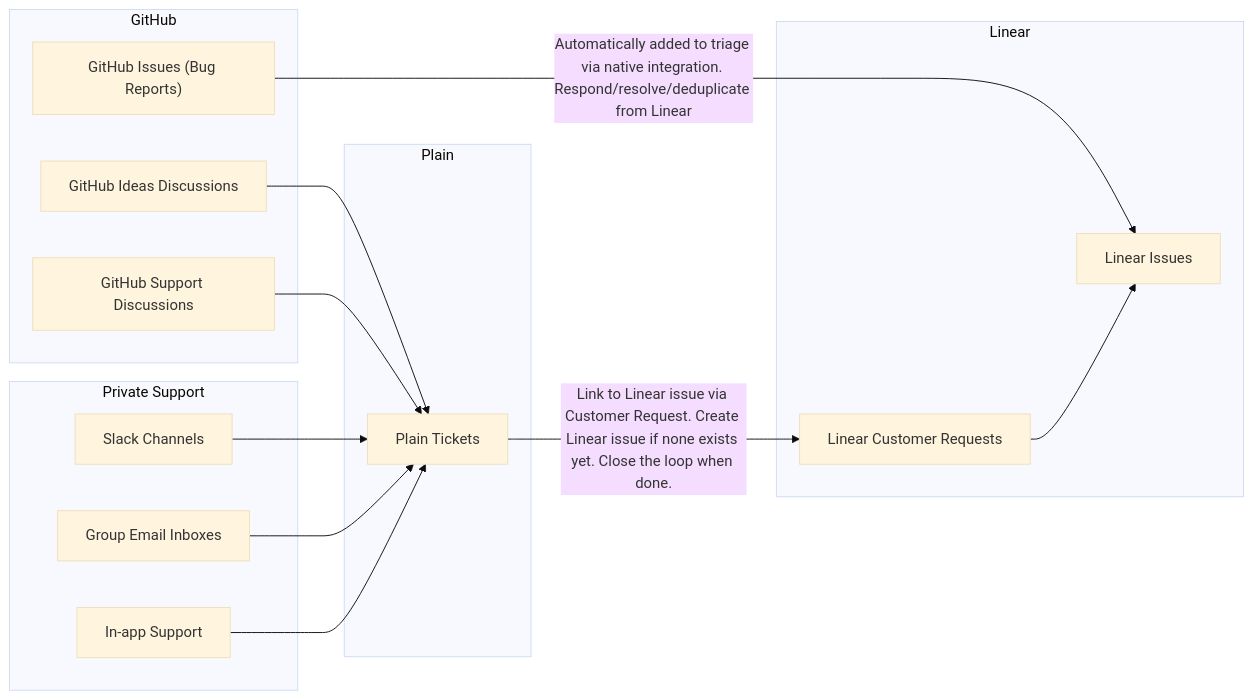
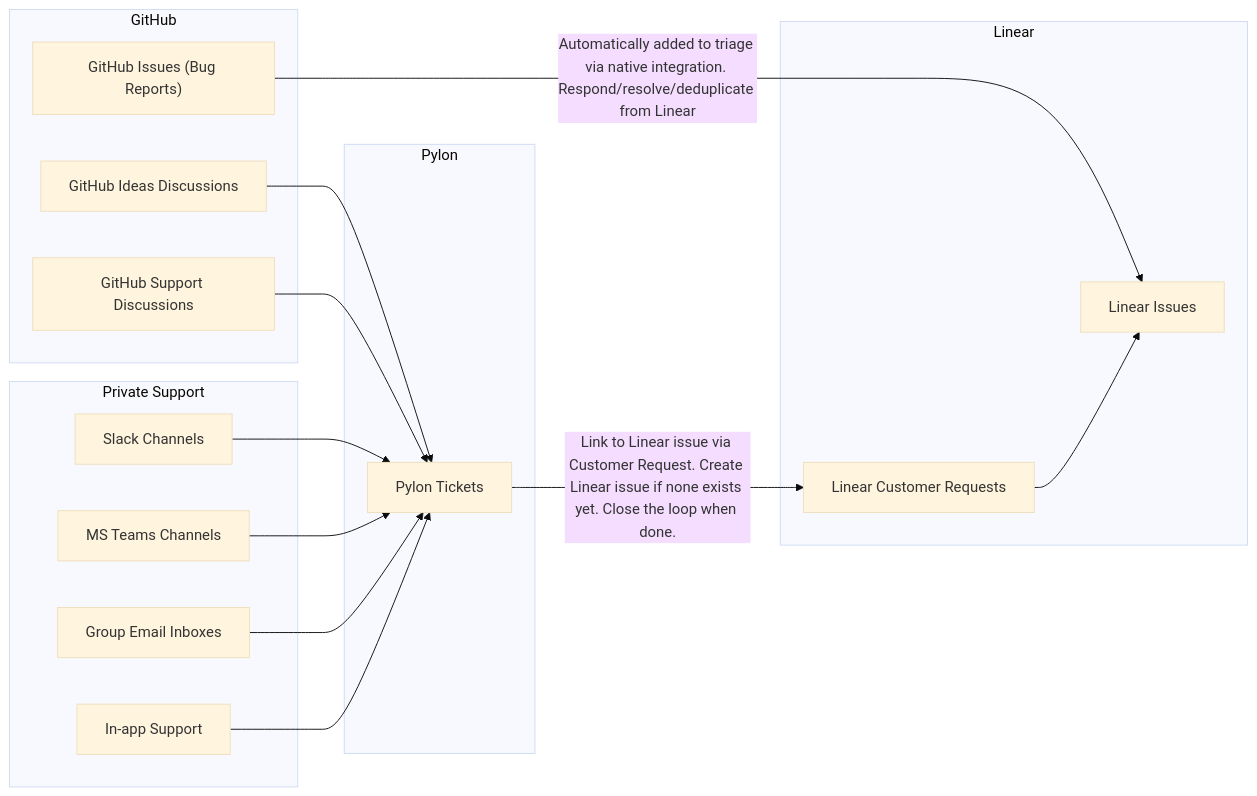
One commit to langfuse/langfuse-docs changed the diagram in content/handbook/product-engineering/how-we-work/product-ops.mdx. Above: the diagram before and after it, drawn with Mermaid (base theme). The commit also changed other lines of this file and 21 other files, not shown here.

Commit message:
docs: change pylon and add ms teams (#2768)

````diff
--- a/content/handbook/product-engineering/how-we-work/product-ops.mdx
+++ b/content/handbook/product-engineering/how-we-work/product-ops.mdx
@@ -30,36 +30,38 @@
 ```mermaid
 graph LR
     A["GitHub Issues (Bug Reports)"] -->|Automatically added to triage via native integration. Respond/resolve/deduplicate from Linear| H[Linear Issues]
 
-    C[GitHub Ideas Discussions] --> D[Plain Tickets]
-    E[GitHub Support Discussions] --> D[Plain Tickets]
+    C[GitHub Ideas Discussions] --> D[Pylon Tickets]
+    E[GitHub Support Discussions] --> D[Pylon Tickets]
 
-    I[Slack Channels] --> D[Plain Tickets]
-    J[Group Email Inboxes] --> D[Plain Tickets]
-    K[In-app Support] --> D[Plain Tickets]
+    I[Slack Channels] --> D[Pylon Tickets]
+    L[MS Teams Channels] --> D[Pylon Tickets]
+    J[Group Email Inboxes] --> D[Pylon Tickets]
+    K[In-app Support] --> D[Pylon Tickets]
 
     D -->|"Link to Linear issue via Customer Request. Create Linear issue if none exists yet. Close the loop when done."| G[Linear Customer Requests]
 
     G --> H[Linear Issues]
 
     subgraph "GitHub"
         A
         C
         E
     end
 
     subgraph "Private Support"
         I
+        L
         J
         K
     end
 
-    subgraph "Plain"
+    subgraph "Pylon"
         D
     end
 
     subgraph "Linear"
         G
         H
     end
 ```
````
